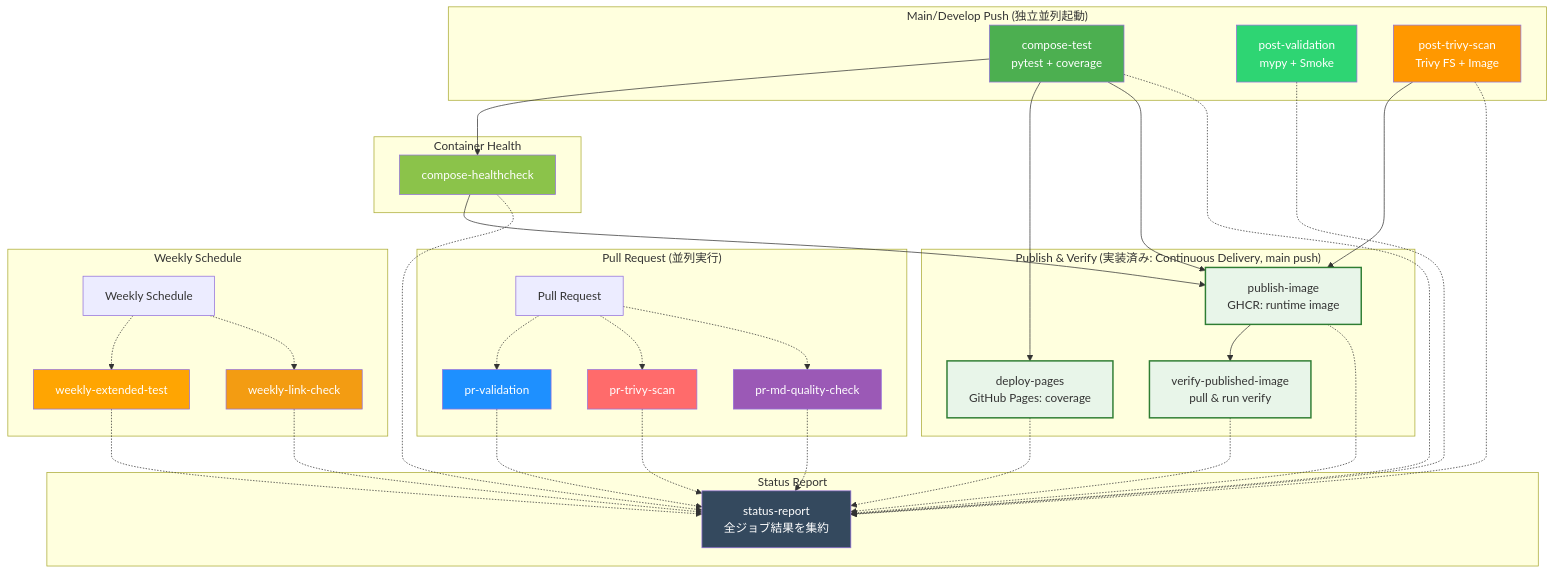
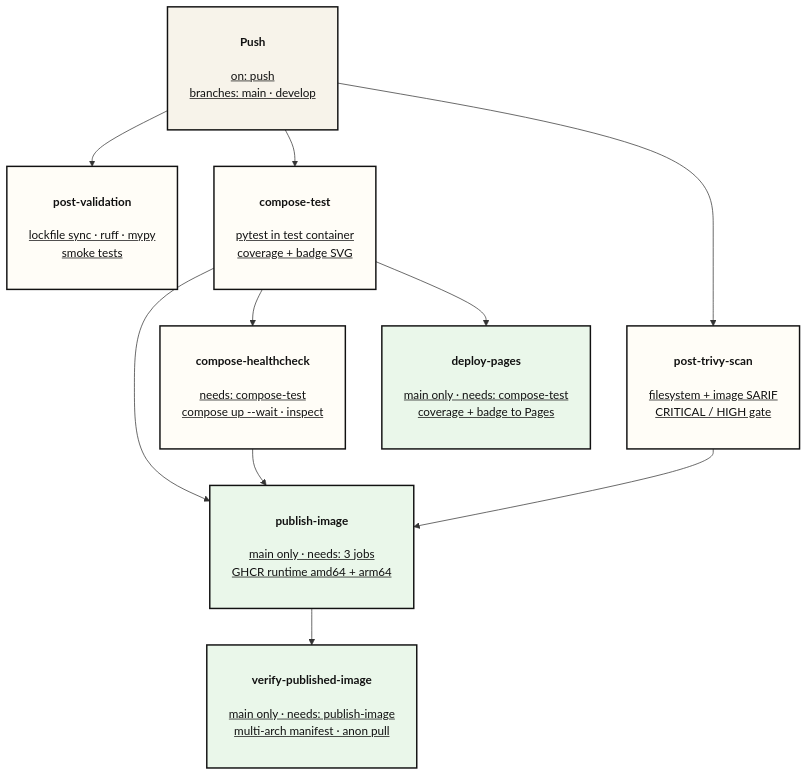
One commit to yaoki-dev/api-test-devops-portfolio changed the second of 3 diagrams in docs/reference/ci_cd_pipeline.md. Above: the diagram before and after it, drawn with Mermaid. The commit also changed other lines of this file and 4 other files, not shown here.

````diff
--- a/docs/reference/ci_cd_pipeline.md
+++ b/docs/reference/ci_cd_pipeline.md
@@ -11,67 +50,42 @@
 ```mermaid
-graph TB
-    subgraph "Pull Request (並列実行)"
-        PR[Pull Request] -.-> PV[pr-validation]
-        PR -.-> PS[pr-trivy-scan]
-        PR -.-> PMQ[pr-md-quality-check]
-    end
+---
+config:
+  flowchart:
+    wrappingWidth: 420
+---
+flowchart TD
+    T["<h4>Push</h4><u>on: push<br/>branches: main · develop</u>
+    <br/>"]
 
-    subgraph "Main/Develop Push (独立並列起動)"
-        CTEST[compose-test<br/>pytest + coverage]
-        PVAL[post-validation<br/>mypy + Smoke]
-        PTRIVY[post-trivy-scan<br/>Trivy FS + Image]
-    end
+    T --> PVAL["<h4>post-validation</h4><u>lockfile sync · ruff · mypy<br/>smoke tests</u>
+    <br/>"]
 
-    subgraph "Container Health"
-        CHEALTH[compose-healthcheck]
-    end
+    T --> PT["<h4>post-trivy-scan</h4><u>filesystem + image SARIF<br/>CRITICAL / HIGH gate</u>
+    <br/>"]
 
-    subgraph "Publish & Verify (実装済み: Continuous Delivery, main push)"
-        DP[deploy-pages<br/>GitHub Pages: coverage]
-        PI[publish-image<br/>GHCR: runtime image]
-        VI[verify-published-image<br/>pull & run verify]
-    end
+    T --> CT["<h4>compose-test</h4><u>pytest in test container<br/>coverage + badge SVG</u>
+    <br/>"]
 
-    subgraph "Weekly Schedule"
-        WS[Weekly Schedule] -.-> WC[weekly-extended-test]
-        WS -.-> WL[weekly-link-check]
-    end
+    CT --> CH["<h4>compose-healthcheck</h4><u>needs: compose-test<br/>compose up --wait · inspect</u>
+    <br/>"]
 
-    subgraph "Status Report"
-        SR[status-report<br/>全ジョブ結果を集約]
-    end
+    CT --> DP["<h4>deploy-pages</h4><u>main only · needs: compose-test<br/>coverage + badge to Pages</u>
+    <br/>"]
 
-    CTEST --> CHEALTH
-    CTEST --> DP
-    CTEST --> PI
-    CHEALTH --> PI
-    PTRIVY --> PI
-    PI --> VI
+    CT --> PI
+    CH --> PI
+    PT --> PI["<h4>publish-image</h4><u>main only · needs: 3 jobs<br/>GHCR runtime amd64 + arm64</u>
+    <br/>"]
 
-    PV -.-> SR
-    PS -.-> SR
-    PMQ -.-> SR
-    PVAL -.-> SR
-    PTRIVY -.-> SR
-    WC -.-> SR
-    WL -.-> SR
-    CTEST -.-> SR
-    CHEALTH -.-> SR
-    DP -.-> SR
-    PI -.-> SR
-    VI -.-> SR
+    PI --> VI["<h4>verify-published-image</h4><u>main only · needs: publish-image<br/>multi-arch manifest · anon pull</u>
+    <br/>"]
 
-    style PV fill:#1e90ff,color:#fff
-    style PS fill:#ff6b6b,color:#fff
-    style PMQ fill:#9b59b6,color:#fff
-    style CTEST fill:#4caf50,color:#fff
-    style CHEALTH fill:#8bc34a,color:#fff
-    style PVAL fill:#2ed573,color:#fff
-    style PTRIVY fill:#ff9800,color:#fff
-    style DP fill:#e8f5e9,stroke:#2e7d32,stroke-width:2px
-    style PI fill:#e8f5e9,stroke:#2e7d32,stroke-width:2px
-    style VI fill:#e8f5e9,stroke:#2e7d32,stroke-width:2px
-    style WC fill:#ffa502,color:#fff
-    style WL fill:#f39c12,color:#fff
-    style SR fill:#34495e,color:#fff
+    classDef default fill:#F7F3EA,stroke:#111,stroke-width:1.5px,color:#111;
+    classDef trigger fill:#F7F3EA,stroke:#111,stroke-width:2px,color:#111;
+    classDef job fill:#FFFDF7,stroke:#111,stroke-width:2px,color:#111;
+    classDef cd fill:#EAF7EA,stroke:#111,stroke-width:2px,color:#111;
+
+    class T trigger;
+    class PVAL,PT,CT,CH job;
+    class DP,PI,VI cd;
 ```
````
